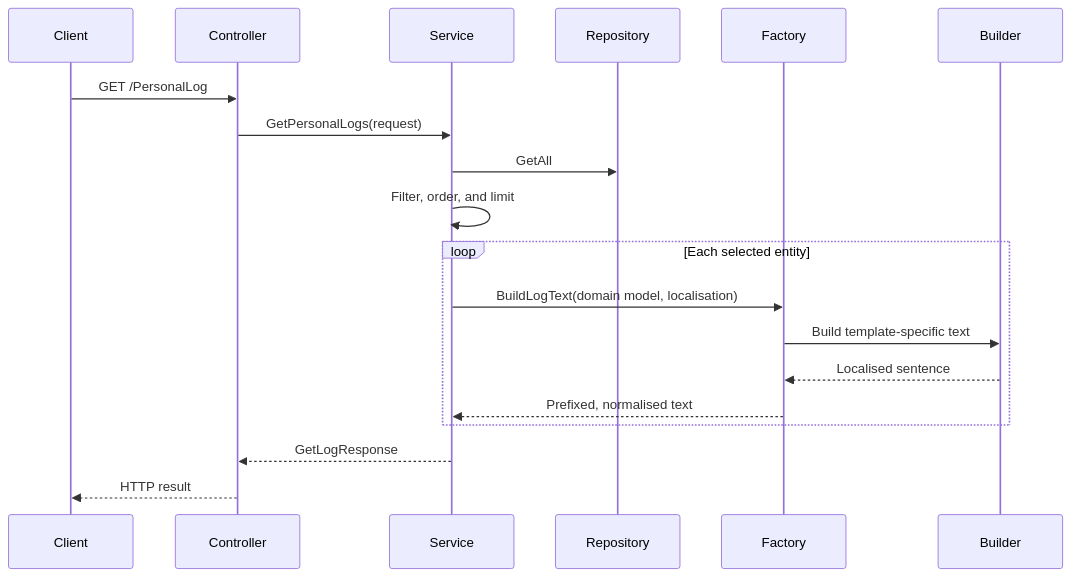
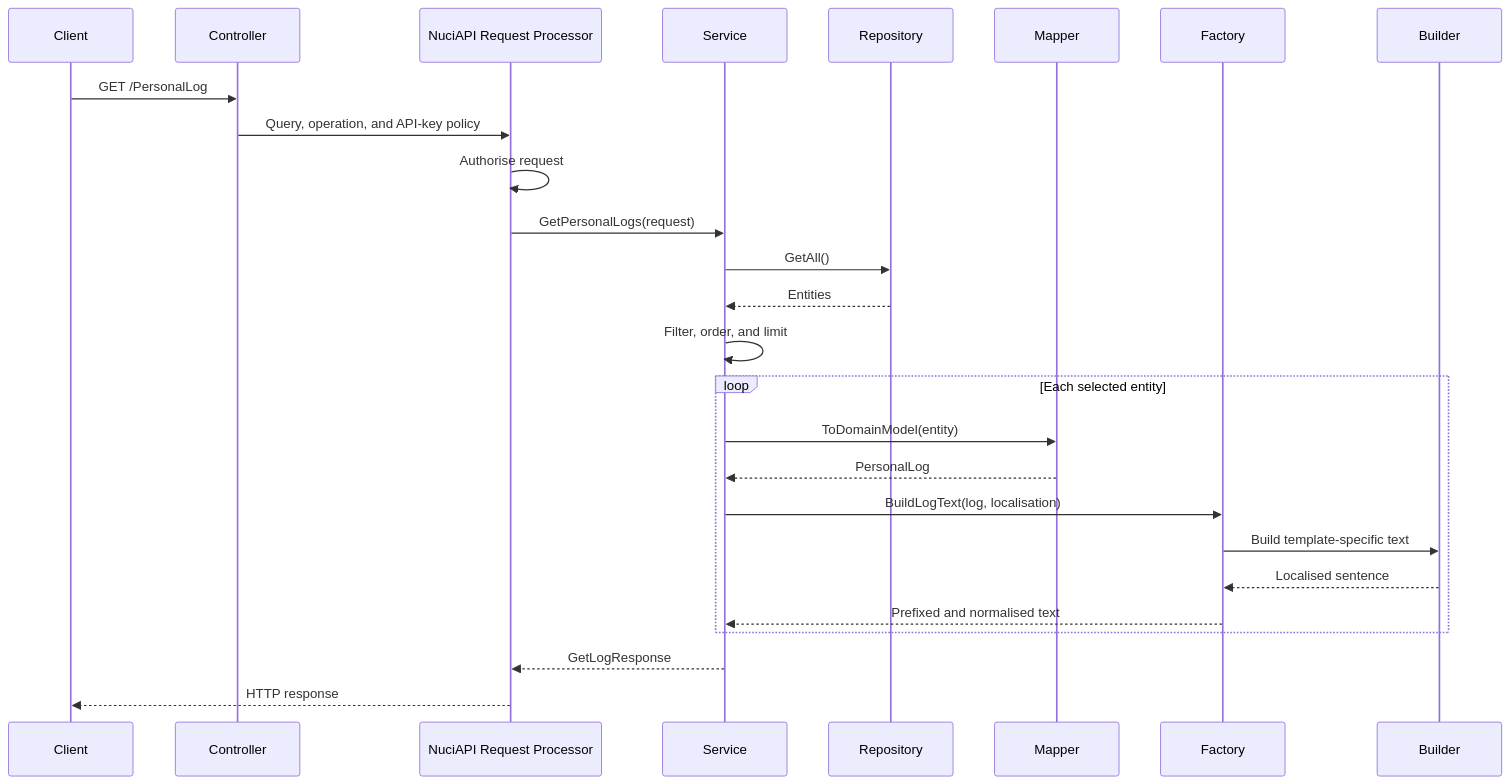
One commit to hmlendea/personal-log-manager changed the sixth of 8 diagrams in ARCHITECTURE.md. Above: the diagram before and after it, drawn with Mermaid. The commit also changed other lines of this file, not shown here.

Commit message:
architecture: Updated the md

````diff
--- a/ARCHITECTURE.md
+++ b/ARCHITECTURE.md
@@ -158,22 +259,29 @@
 ```mermaid
 sequenceDiagram
     participant Client
     participant Controller
+    participant Processor as NuciAPI Request Processor
     participant Service
     participant Repository
+    participant Mapper
     participant Factory
     participant Builder
 
     Client->>Controller: GET /PersonalLog
-    Controller->>Service: GetPersonalLogs(request)
-    Service->>Repository: GetAll
+    Controller->>Processor: Query, operation, and API-key policy
+    Processor->>Processor: Authorise request
+    Processor->>Service: GetPersonalLogs(request)
+    Service->>Repository: GetAll()
+    Repository-->>Service: Entities
     Service->>Service: Filter, order, and limit
     loop Each selected entity
-        Service->>Factory: BuildLogText(domain model, localisation)
+        Service->>Mapper: ToDomainModel(entity)
+        Mapper-->>Service: PersonalLog
+        Service->>Factory: BuildLogText(log, localisation)
         Factory->>Builder: Build template-specific text
         Builder-->>Factory: Localised sentence
-        Factory-->>Service: Prefixed, normalised text
+        Factory-->>Service: Prefixed and normalised text
     end
-    Service-->>Controller: GetLogResponse
-    Controller-->>Client: HTTP result
+    Service-->>Processor: GetLogResponse
+    Processor-->>Client: HTTP response
 ```
````
